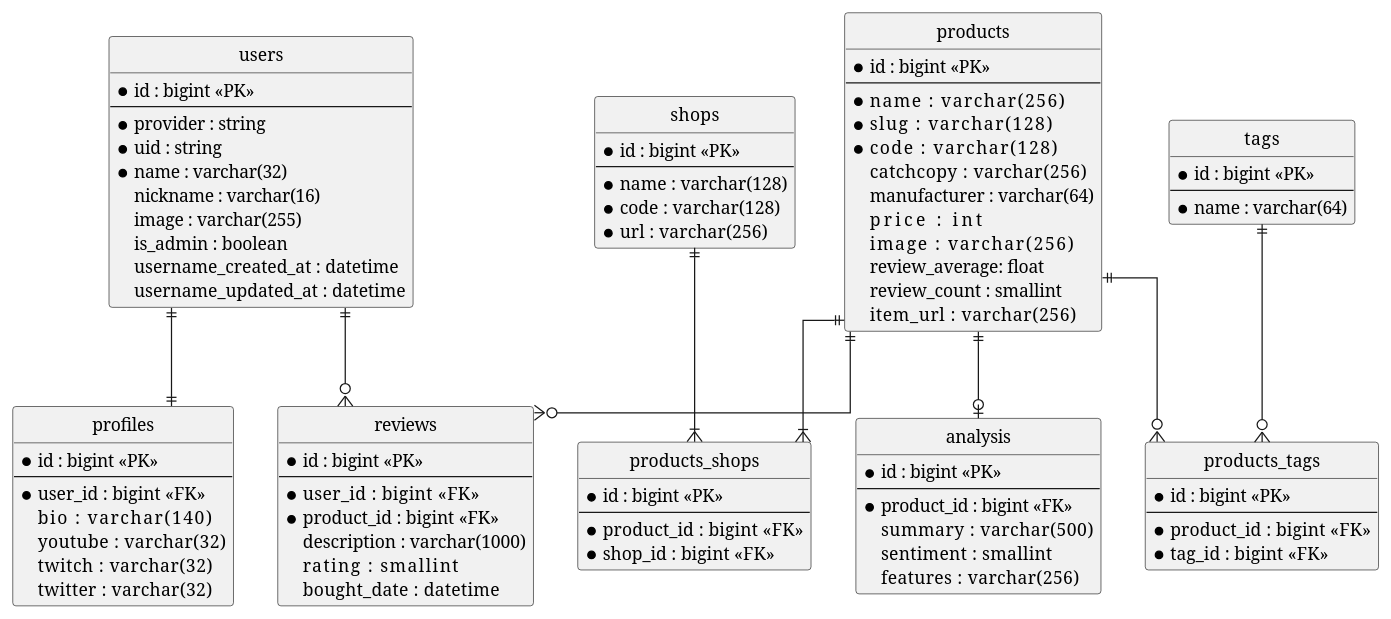
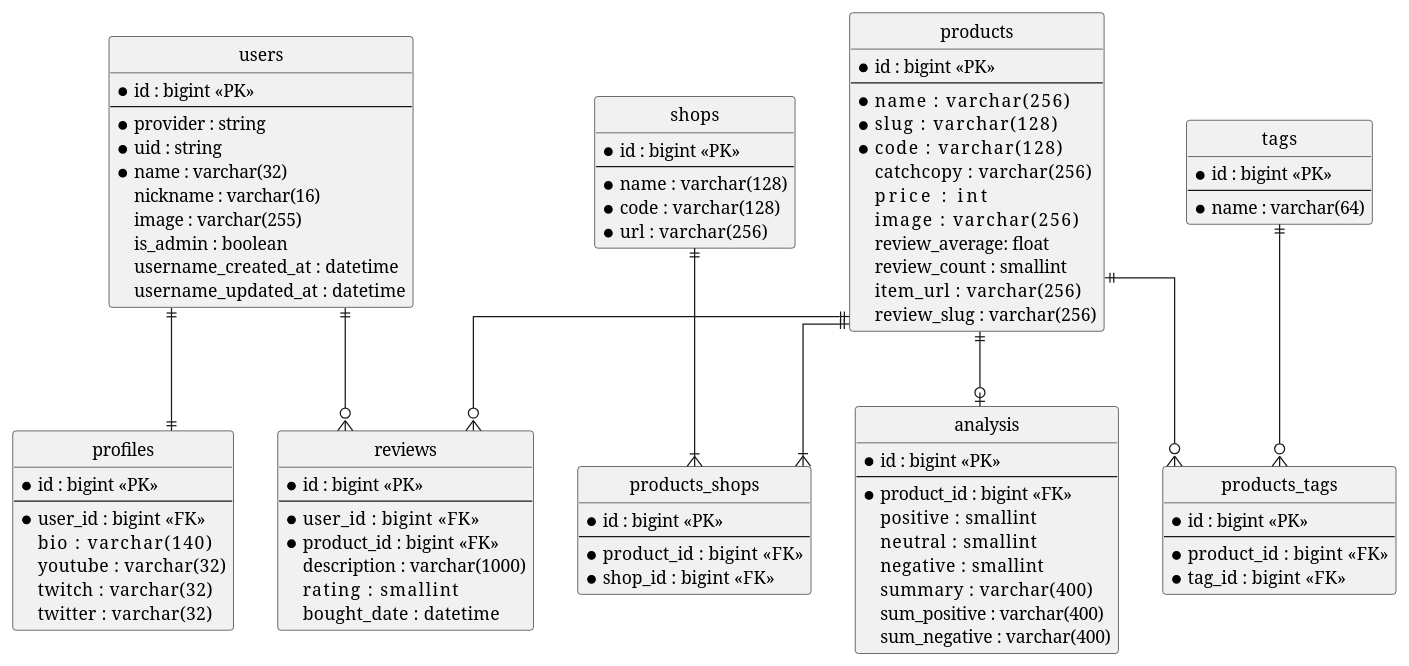
One commit to hellonagi/ecomeru changed the diagram in documents/er.pu. Above: the diagram before and after it, drawn with PlantUML. The commit also changed 19 other files, not shown here.

```diff
--- a/documents/er.pu
+++ b/documents/er.pu
@@ -1,101 +1,104 @@
 @startuml reviwe-app
  skinparam linetype ortho
  hide circle
 
 entity "users" {
   * id : bigint <<PK>>
   --
   * provider : string
   * uid : string
   * name : varchar(32)
   nickname : varchar(16)
   image : varchar(255)
   is_admin : boolean
   username_created_at : datetime
   username_updated_at : datetime
 }
 
 entity profiles {
   * id : bigint <<PK>>
   --
   * user_id  : bigint <<FK>>
   bio        : varchar(140)
   youtube    : varchar(32)
   twitch     : varchar(32)
   twitter    : varchar(32)
 }
 
 entity products {
   * id : bigint <<PK>>
   --
   * name        : varchar(256)
   * slug        : varchar(128)
   * code        : varchar(128)
   catchcopy     : varchar(256)
-  manufacturer  : varchar(64)
   price         : int
   image         : varchar(256)
   review_average: float
   review_count  : smallint
   item_url      : varchar(256)
+  review_slug   : varchar(256)
 }
 
 entity shops {
   * id : bigint <<PK>>
   --
   * name  : varchar(128)
   * code  : varchar(128)
   * url   : varchar(256)
 }
 
 entity products_shops {
   * id : bigint <<PK>>
   --
   * product_id   : bigint <<FK>>
   * shop_id  : bigint <<FK>>
 }
 
 
 entity reviews {
   * id : bigint <<PK>>
   --
   * user_id    : bigint <<FK>>
   * product_id  : bigint <<FK>>
   description  : varchar(1000)
   rating       : smallint
   bought_date  : datetime
 }
 
 entity analysis {
   * id : bigint <<PK>>
   --
   * product_id : bigint <<FK>>
-  summary     : varchar(500)
-  sentiment   : smallint
-  features    : varchar(256)
+  positive    : smallint
+  neutral     : smallint
+  negative    : smallint
+  summary     : varchar(400)
+  sum_positive : varchar(400)
+  sum_negative : varchar(400)
 }
 
 entity tags {
   * id : bigint <<PK>>
   --
   * name : varchar(64)
 }
 
 entity products_tags {
   * id : bigint <<PK>>
   --
   * product_id   : bigint <<FK>>
   * tag_id  : bigint <<FK>>
 }
 
 
 users ||--|| profiles
 users ||--o{ reviews
 products ||--o{ reviews
 products ||--|{ products_shops
 shops ||--|{ products_shops
 products ||--o| analysis
 products ||--o{ products_tags
 tags ||--o{ products_tags
 
 @enduml
```
